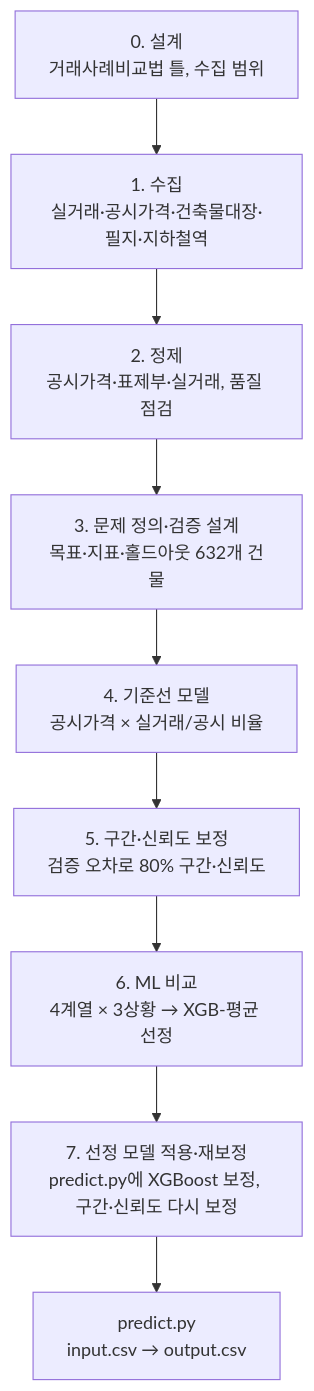
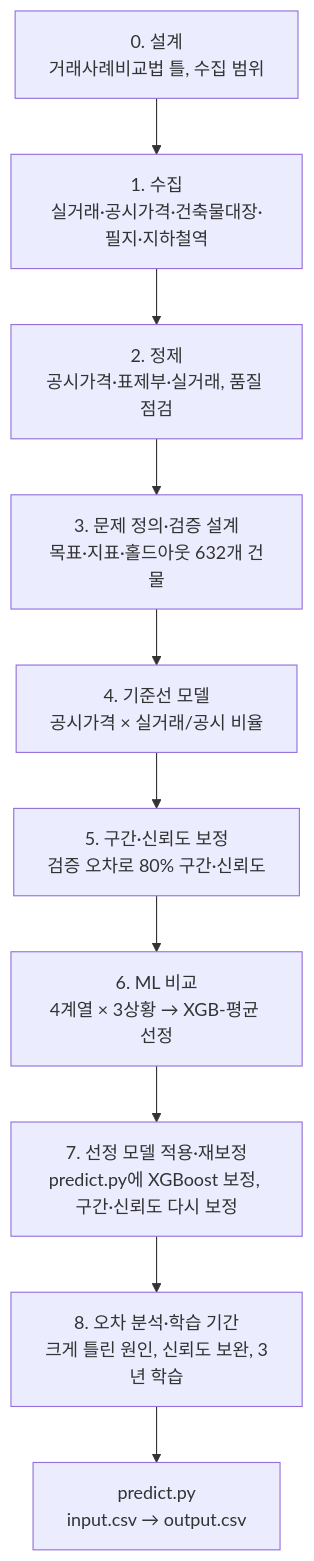
One commit to KimInSeok-DA/DA_Seoul_Villa_AVM changed the first of 2 diagrams in docs/진행_과정.md. Above: the diagram before and after it, drawn with Mermaid. The commit also changed other lines of this file and 30 other files, not shown here.

````diff
--- a/docs/진행_과정.md
+++ b/docs/진행_과정.md
@@ -11,11 +11,12 @@
 ```mermaid
 flowchart TD
     A["0. 설계<br/>거래사례비교법 틀, 수집 범위"] --> B["1. 수집<br/>실거래·공시가격·건축물대장·필지·지하철역"]
     B --> C["2. 정제<br/>공시가격·표제부·실거래, 품질 점검"]
     C --> D["3. 문제 정의·검증 설계<br/>목표·지표·홀드아웃 632개 건물"]
     D --> E["4. 기준선 모델<br/>공시가격 × 실거래/공시 비율"]
     E --> F["5. 구간·신뢰도 보정<br/>검증 오차로 80% 구간·신뢰도"]
     F --> G["6. ML 비교<br/>4계열 × 3상황 → XGB-평균 선정"]
     G --> G2["7. 선정 모델 적용·재보정<br/>predict.py에 XGBoost 보정, 구간·신뢰도 다시 보정"]
-    G2 --> H["predict.py<br/>input.csv → output.csv"]
+    G2 --> G3["8. 오차 분석·학습 기간<br/>크게 틀린 원인, 신뢰도 보완, 3년 학습"]
+    G3 --> H["predict.py<br/>input.csv → output.csv"]
 ```
````
